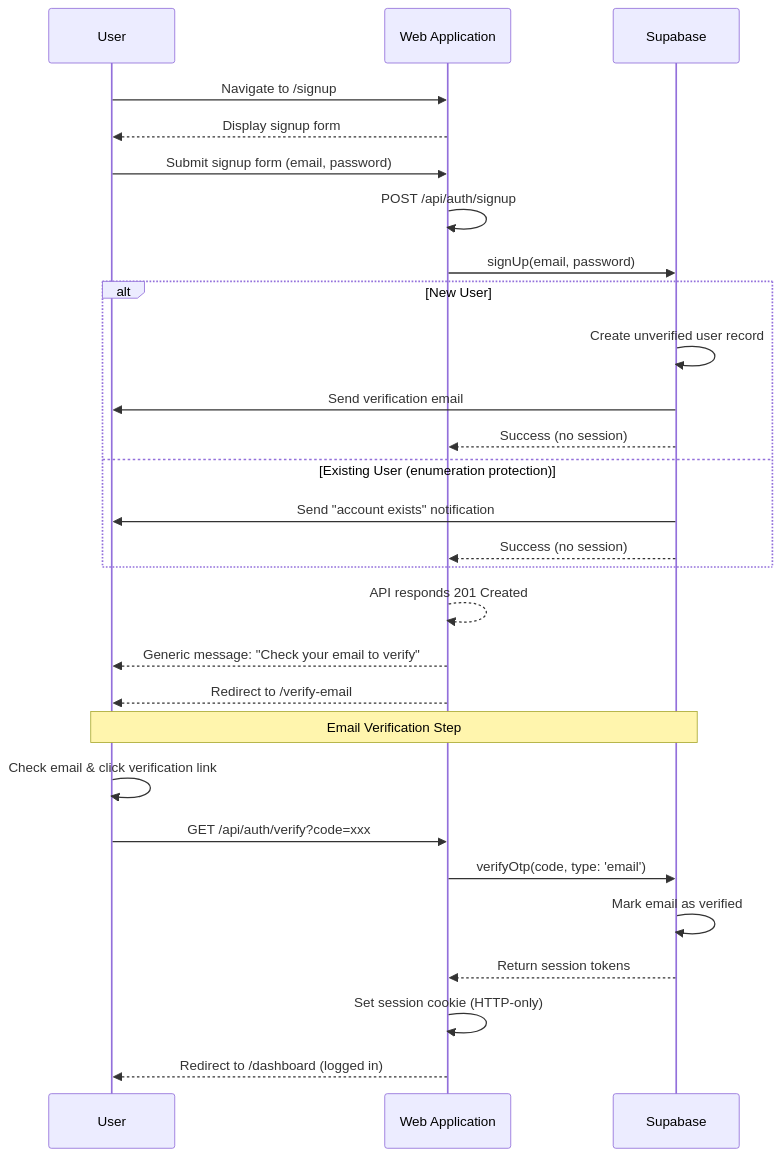
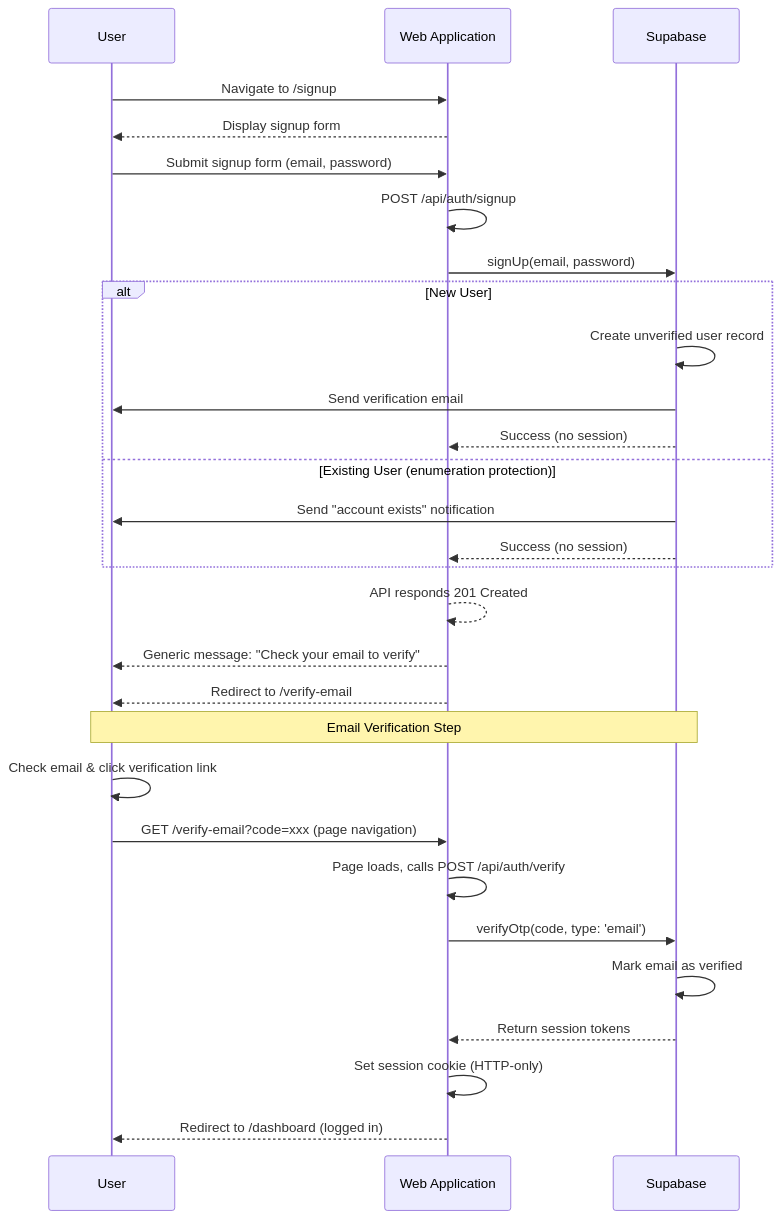
One commit to allev1985/topten changed the first of 3 diagrams in docs/decisions/auth-sequence-diagrams.md. Above: the diagram before and after it, drawn with Mermaid. The commit also changed other lines of this file, not shown here.

First line of the commit message:
fix: Clarify distinction between web pages and API endpoints

````diff
--- a/docs/decisions/auth-sequence-diagrams.md
+++ b/docs/decisions/auth-sequence-diagrams.md
@@ -7,36 +7,37 @@
 ```mermaid
 sequenceDiagram
     participant User
     participant WebApp as Web Application
     participant Supabase
 
     User->>WebApp: Navigate to /signup
     WebApp-->>User: Display signup form
 
     User->>WebApp: Submit signup form (email, password)
     WebApp->>WebApp: POST /api/auth/signup
     WebApp->>Supabase: signUp(email, password)
 
     alt New User
         Supabase->>Supabase: Create unverified user record
         Supabase->>User: Send verification email
         Supabase-->>WebApp: Success (no session)
     else Existing User (enumeration protection)
         Supabase->>User: Send "account exists" notification
         Supabase-->>WebApp: Success (no session)
     end
 
     WebApp-->>WebApp: API responds 201 Created
     WebApp-->>User: Generic message: "Check your email to verify"
     WebApp-->>User: Redirect to /verify-email
 
     Note over User,Supabase: Email Verification Step
 
     User->>User: Check email & click verification link
-    User->>WebApp: GET /api/auth/verify?code=xxx
+    User->>WebApp: GET /verify-email?code=xxx (page navigation)
+    WebApp->>WebApp: Page loads, calls POST /api/auth/verify
     WebApp->>Supabase: verifyOtp(code, type: 'email')
     Supabase->>Supabase: Mark email as verified
     Supabase-->>WebApp: Return session tokens
     WebApp->>WebApp: Set session cookie (HTTP-only)
     WebApp-->>User: Redirect to /dashboard (logged in)
 ```
````
